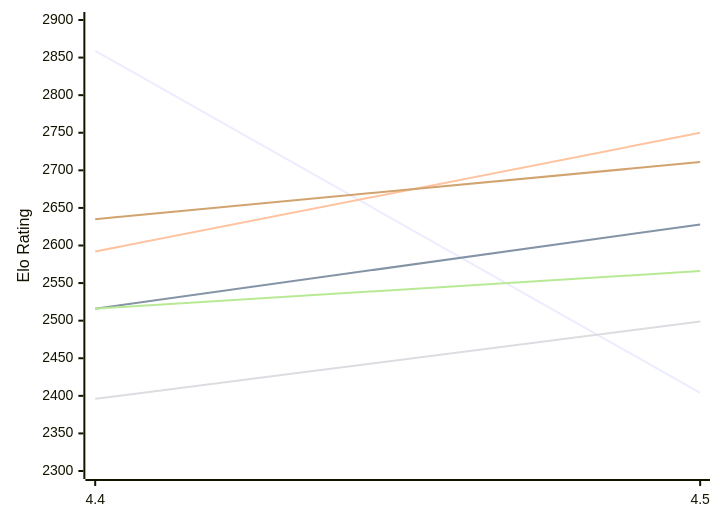
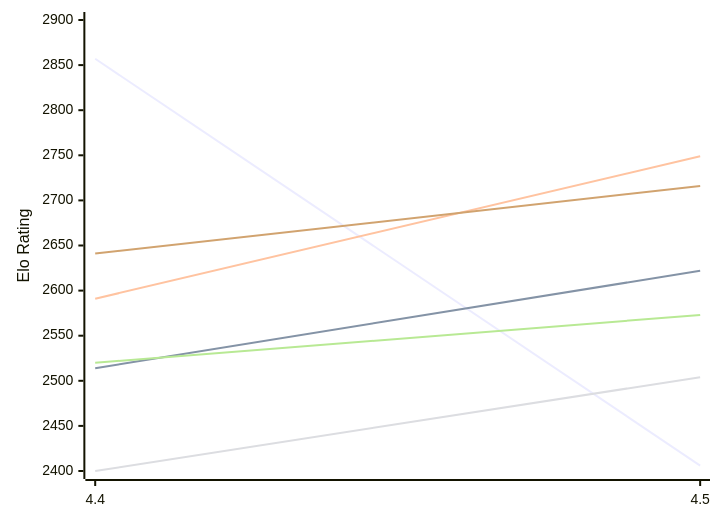
One commit to computer-chess-index/cci changed the first of 2 diagrams in engines/Eubos.md. Above: the diagram before and after it, drawn with Mermaid. The commit also changed other lines of this file, not shown here.

Commit message:
Update CCI Ratings (ELO VLTC) - 2026-11-23

````diff
--- a/engines/Eubos.md
+++ b/engines/Eubos.md
@@ -52,12 +52,12 @@
 ```mermaid
 %%{init: {"theme":"base","themeVariables":{"seriesColors:['#a3a3a3','#222221','#faa371']}}}%%
 xychart-beta
   x-axis ["4.4", "4.5"]
-  y-axis "Elo Rating" 2300 --> 2900
-  line "E1: STC (8.0+0.08s)" [2859, 2404]
-  line "E1: LTC (60.0+0.60s)" [2516, 2628]
-  line "E1: VLTC (2m24s+1.12s)" [2592, 2750]
-  line "P1: STC (8.0+0.08s)" [2396, 2499]
-  line "P1: LTC (60.0+0.60s)" [2516, 2566]
-  line "P1: VLTC (2m24s+1.12s)" [2635, 2711]
+  y-axis "Elo Rating" 2400 --> 2900
+  line "E1: STC (8.0+0.08s)" [2857, 2406]
+  line "E1: LTC (60.0+0.60s)" [2514, 2622]
+  line "E1: VLTC (2m24s+1.12s)" [2591, 2749]
+  line "P1: STC (8.0+0.08s)" [2400, 2504]
+  line "P1: LTC (60.0+0.60s)" [2520, 2573]
+  line "P1: VLTC (2m24s+1.12s)" [2641, 2716]
 ```
````
